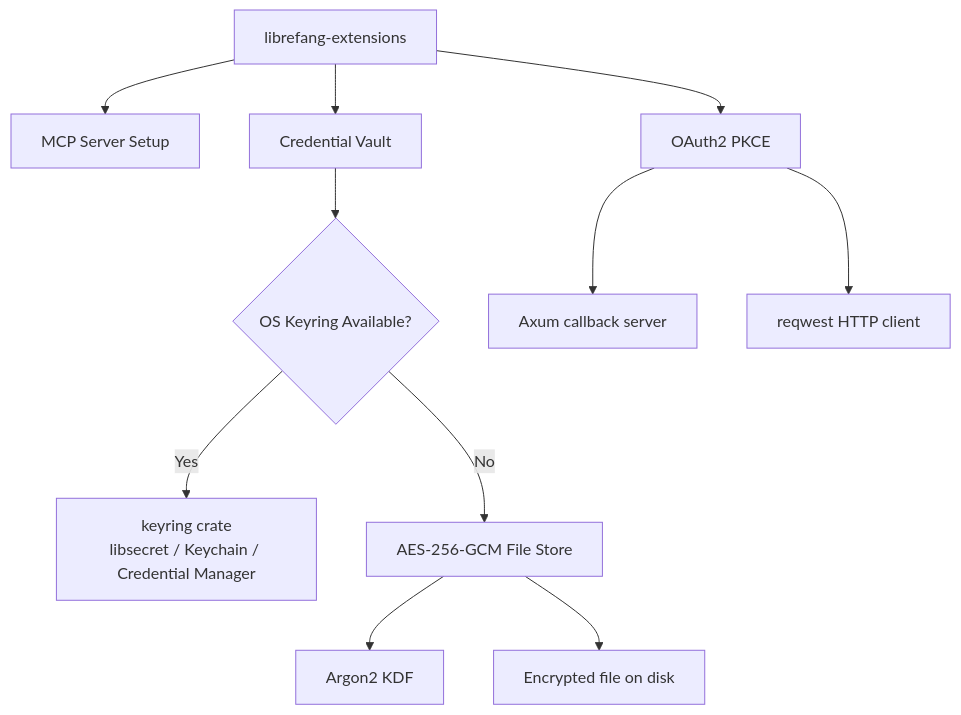
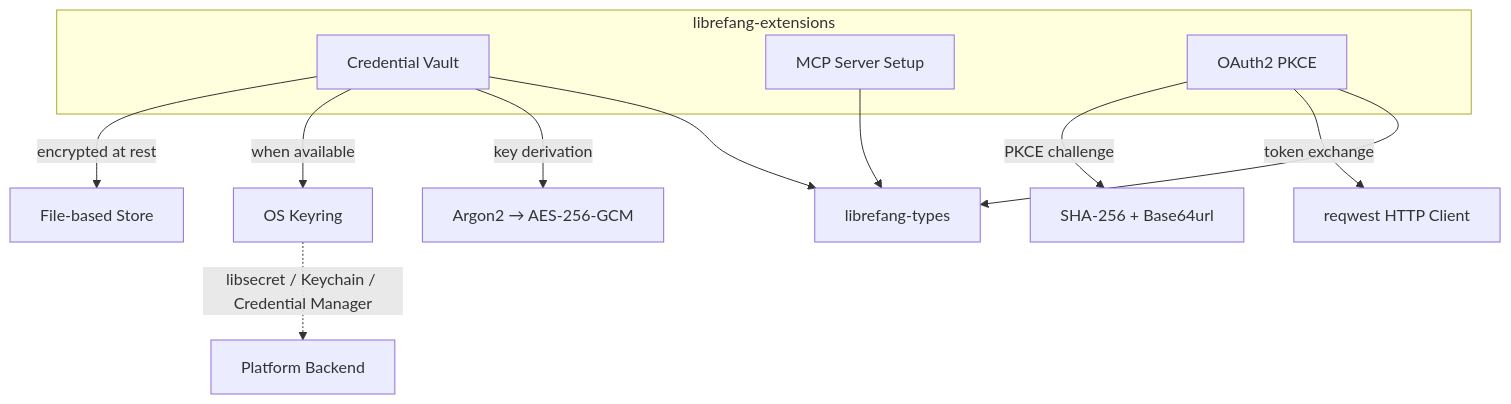
One commit to leszek3737/librefang-WIki changed the diagram in other-librefang-extensions.md. Above: the diagram before and after it, drawn with Mermaid. The commit also changed other lines of this file and 99 other files, not shown here.

````diff
--- a/other-librefang-extensions.md
+++ b/other-librefang-extensions.md
@@ -13,13 +17,20 @@
 ```mermaid
 graph TD
-    A[librefang-extensions] --> B[MCP Server Setup]
-    A --> C[Credential Vault]
-    A --> D[OAuth2 PKCE]
-    C --> E{OS Keyring Available?}
-    E -->|Yes| F[keyring crate<br>libsecret / Keychain / Credential Manager]
-    E -->|No| G[AES-256-GCM File Store]
-    G --> H[Argon2 KDF]
-    G --> I[Encrypted file on disk]
-    D --> J[Axum callback server]
-    D --> K[reqwest HTTP client]
+    subgraph librefang-extensions
+        Vault[Credential Vault]
+        MCP[MCP Server Setup]
+        OAuth[OAuth2 PKCE]
+    end
+
+    Vault -->|encrypted at rest| FileStore[File-based Store]
+    Vault -->|when available| OSKeyring[OS Keyring]
+    Vault -->|key derivation| Argon2["Argon2 → AES-256-GCM"]
+    OSKeyring -.->|libsecret / Keychain / Credential Manager| Platform[Platform Backend]
+
+    OAuth -->|PKCE challenge| SHA256[SHA-256 + Base64url]
+    OAuth -->|token exchange| HTTP[reqwest HTTP Client]
+
+    MCP --> Types[librefang-types]
+    Vault --> Types
+    OAuth --> Types
 ```
````
